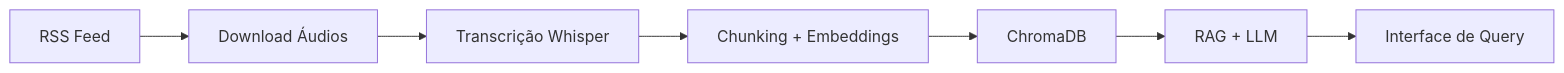
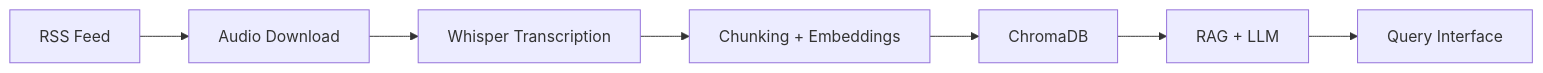
The diagram in README.md (VTheStone/podcast-data-pipeline), drawn with Mermaid before and after one commit. The commit also changed other lines of this file, not shown here.

````diff
--- a/README.md
+++ b/README.md
@@ -8,9 +8,9 @@
 ```mermaid
 graph LR
-    A[RSS Feed] --> B[Download Áudios]
-    B --> C[Transcrição Whisper]
+    A[RSS Feed] --> B[Audio Download]
+    B --> C[Whisper Transcription]
     C --> D[Chunking + Embeddings]
     D --> E[ChromaDB]
     E --> F[RAG + LLM]
-    F --> G[Interface de Query]
+    F --> G[Query Interface]
 ```
````
